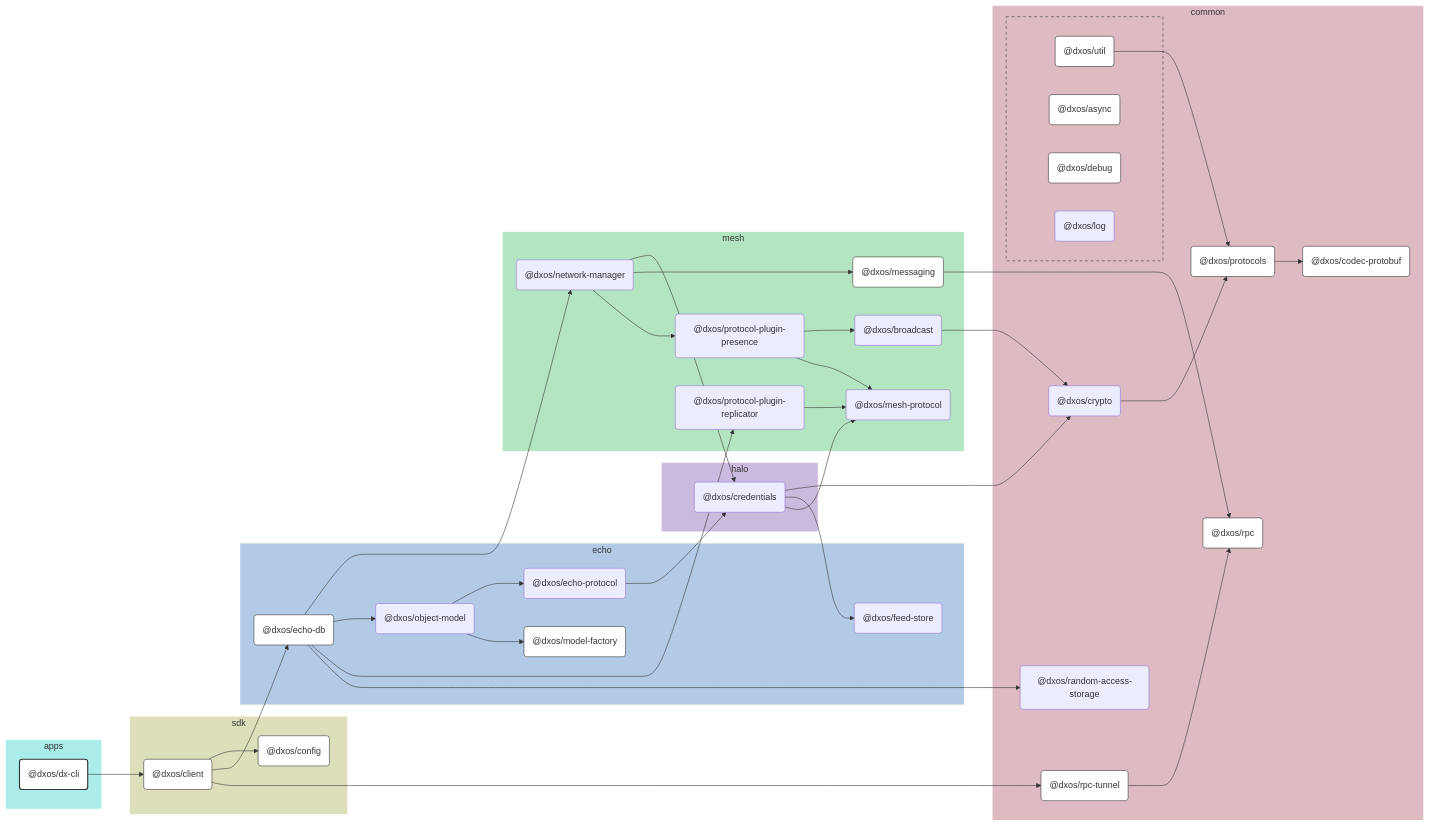
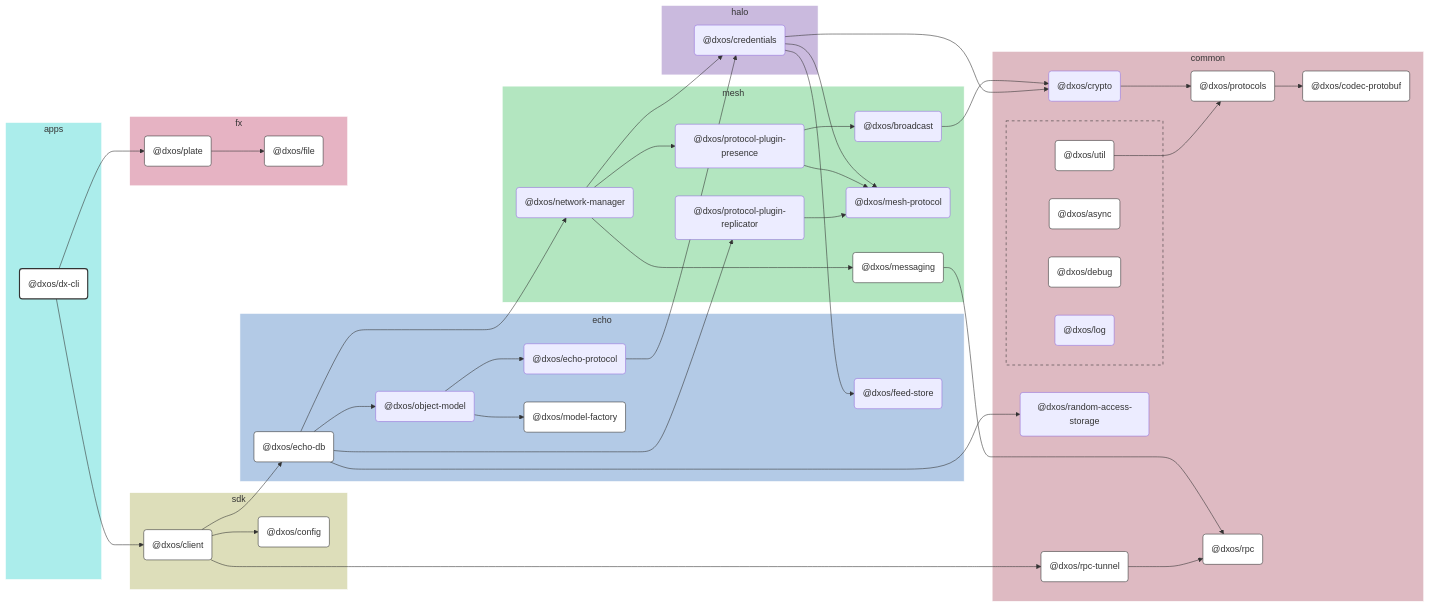
The diagram in apps/dx-cli/docs/README.md (dxos/dxos), drawn with Mermaid before and after one commit. The commit also changed other lines of this file and 69 other files, not shown here.

```diff
--- a/apps/dx-cli/docs/README.md
+++ b/apps/dx-cli/docs/README.md
@@ -19,6 +19,7 @@
 dxos/credentials --> dxos/mesh-protocol;
 dxos/crypto --> dxos/protocols;
 dxos/dx-cli --> dxos/client;
+dxos/dx-cli --> dxos/plate;
 dxos/echo-db --> dxos/network-manager;
 dxos/echo-db --> dxos/object-model;
 dxos/echo-db --> dxos/protocol-plugin-replicator;
@@ -30,6 +31,7 @@
 dxos/network-manager --> dxos/protocol-plugin-presence;
 dxos/object-model --> dxos/echo-protocol;
 dxos/object-model --> dxos/model-factory;
+dxos/plate --> dxos/file;
 dxos/protocol-plugin-presence --> dxos/broadcast;
 dxos/protocol-plugin-presence --> dxos/mesh-protocol;
 dxos/protocol-plugin-replicator --> dxos/mesh-protocol;
@@ -98,20 +100,29 @@
   dxos/protocol-plugin-replicator("@dxos/protocol-plugin-replicator")
 end
 
+subgraph fx
+  style fx fill:#e6b3c3,stroke:#fff;
+
+  dxos/file("@dxos/file")
+  dxos/plate("@dxos/plate")
+end
+
 
 %% Hyperlinks
-click dxos/async href "https:/github.com/dxos/dxos/tree/main/packages/common/async/docs";
-click dxos/client href "https:/github.com/dxos/dxos/tree/main/packages/sdk/client/docs";
-click dxos/codec-protobuf href "https:/github.com/dxos/dxos/tree/main/packages/common/codec-protobuf/docs";
-click dxos/config href "https:/github.com/dxos/dxos/tree/main/packages/sdk/config/docs";
-click dxos/debug href "https:/github.com/dxos/dxos/tree/main/packages/common/debug/docs";
-click dxos/echo-db href "https:/github.com/dxos/dxos/tree/main/packages/echo/echo-db/docs";
-click dxos/messaging href "https:/github.com/dxos/dxos/tree/main/packages/mesh/messaging/docs";
-click dxos/model-factory href "https:/github.com/dxos/dxos/tree/main/packages/echo/model-factory/docs";
-click dxos/protocols href "https:/github.com/dxos/dxos/tree/main/packages/common/protocols/docs";
-click dxos/rpc href "https:/github.com/dxos/dxos/tree/main/packages/common/rpc/docs";
-click dxos/rpc-tunnel href "https:/github.com/dxos/dxos/tree/main/packages/common/rpc-tunnel/docs";
-click dxos/util href "https:/github.com/dxos/dxos/tree/main/packages/common/util/docs";
+click dxos/async "dxos/dxos/tree/main/packages/common/async/docs";
+click dxos/client "dxos/dxos/tree/main/packages/sdk/client/docs";
+click dxos/codec-protobuf "dxos/dxos/tree/main/packages/common/codec-protobuf/docs";
+click dxos/config "dxos/dxos/tree/main/packages/sdk/config/docs";
+click dxos/debug "dxos/dxos/tree/main/packages/common/debug/docs";
+click dxos/echo-db "dxos/dxos/tree/main/packages/echo/echo-db/docs";
+click dxos/file "dxos/dxos/tree/main/packages/fx/file/docs";
+click dxos/messaging "dxos/dxos/tree/main/packages/mesh/messaging/docs";
+click dxos/model-factory "dxos/dxos/tree/main/packages/echo/model-factory/docs";
+click dxos/plate "dxos/dxos/tree/main/packages/fx/plate/docs";
+click dxos/protocols "dxos/dxos/tree/main/packages/common/protocols/docs";
+click dxos/rpc "dxos/dxos/tree/main/packages/common/rpc/docs";
+click dxos/rpc-tunnel "dxos/dxos/tree/main/packages/common/rpc-tunnel/docs";
+click dxos/util "dxos/dxos/tree/main/packages/common/util/docs";
 
 %% Styles
 classDef rootNode fill:#fff,stroke:#333,stroke-width:2px
@@ -126,8 +137,10 @@
 dxos/config:::defaultNode
 dxos/debug:::defaultNode
 dxos/echo-db:::defaultNode
+dxos/file:::defaultNode
 dxos/messaging:::defaultNode
 dxos/model-factory:::defaultNode
+dxos/plate:::defaultNode
 dxos/protocols:::defaultNode
 dxos/rpc:::defaultNode
 dxos/rpc-tunnel:::defaultNode
```
